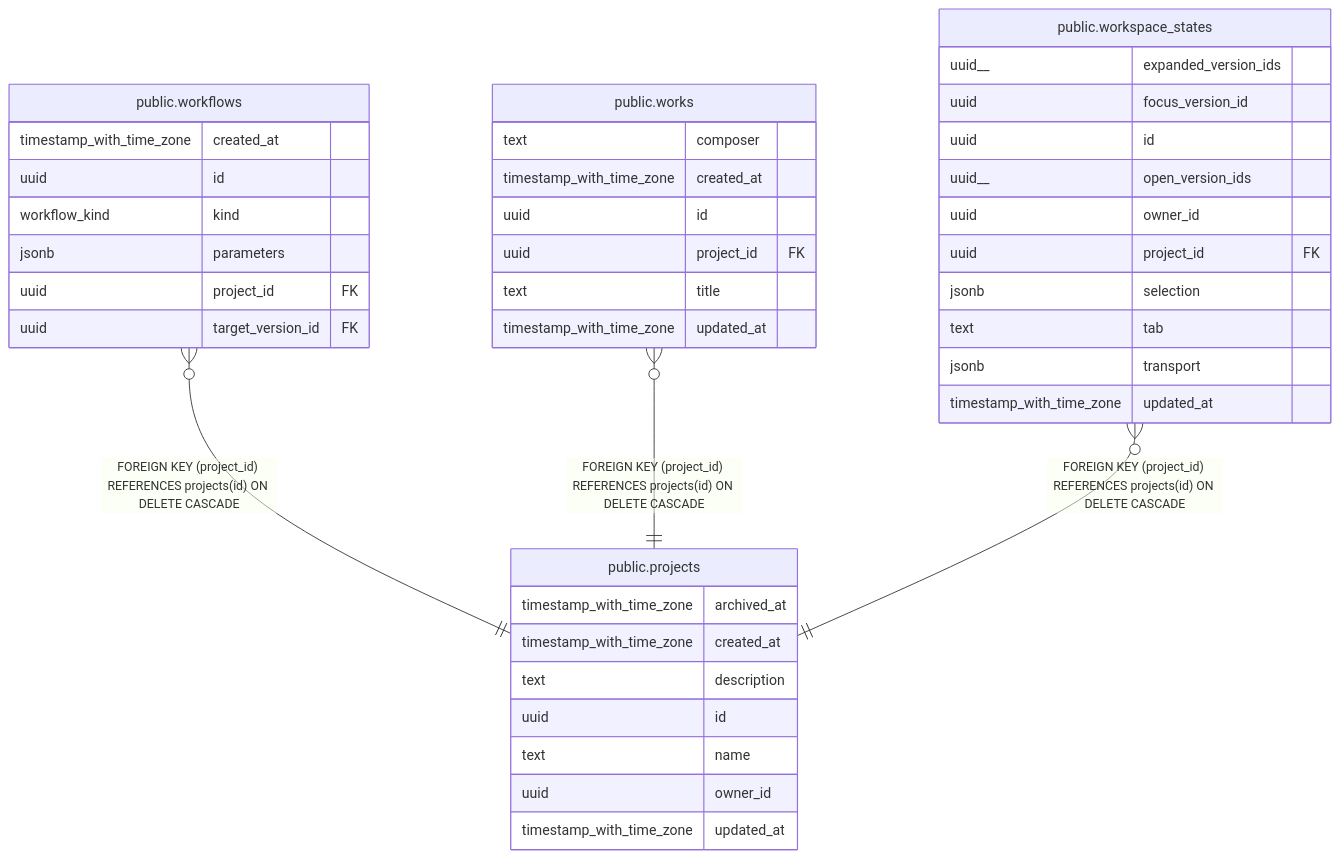
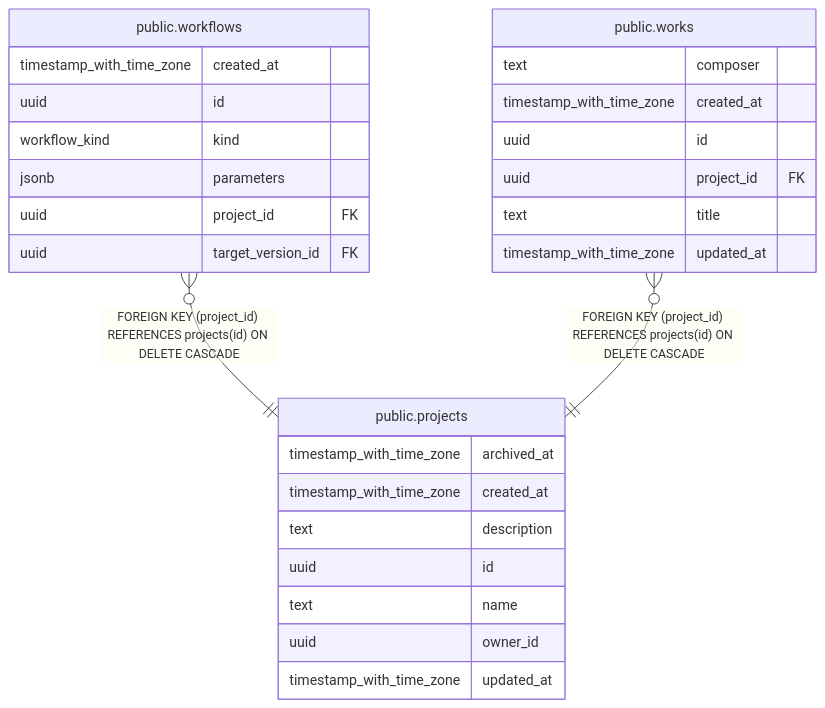
The diagram in docs/generated/database/public.projects.md (ListenCloser/listencloser), drawn with Mermaid before and after one commit. The commit also changed other lines of this file, not shown here.

Commit message:
docs(db): remove workspace state relation

````diff
--- a/docs/generated/database/public.projects.md
+++ b/docs/generated/database/public.projects.md
@@ -30,45 +30,32 @@
 ```mermaid
 erDiagram
 
 "public.workflows" }o--|| "public.projects" : "FOREIGN KEY (project_id) REFERENCES projects(id) ON DELETE CASCADE"
 "public.works" }o--|| "public.projects" : "FOREIGN KEY (project_id) REFERENCES projects(id) ON DELETE CASCADE"
-"public.workspace_states" }o--|| "public.projects" : "FOREIGN KEY (project_id) REFERENCES projects(id) ON DELETE CASCADE"
 
 "public.projects" {
   timestamp_with_time_zone archived_at
   timestamp_with_time_zone created_at
   text description
   uuid id
   text name
   uuid owner_id
   timestamp_with_time_zone updated_at
 }
 "public.workflows" {
   timestamp_with_time_zone created_at
   uuid id
   workflow_kind kind
   jsonb parameters
   uuid project_id FK
   uuid target_version_id FK
 }
 "public.works" {
   text composer
   timestamp_with_time_zone created_at
   uuid id
   uuid project_id FK
   text title
   timestamp_with_time_zone updated_at
 }
-"public.workspace_states" {
-  uuid__ expanded_version_ids
-  uuid focus_version_id
-  uuid id
-  uuid__ open_version_ids
-  uuid owner_id
-  uuid project_id FK
-  jsonb selection
-  text tab
-  jsonb transport
-  timestamp_with_time_zone updated_at
-}
 ```
````
